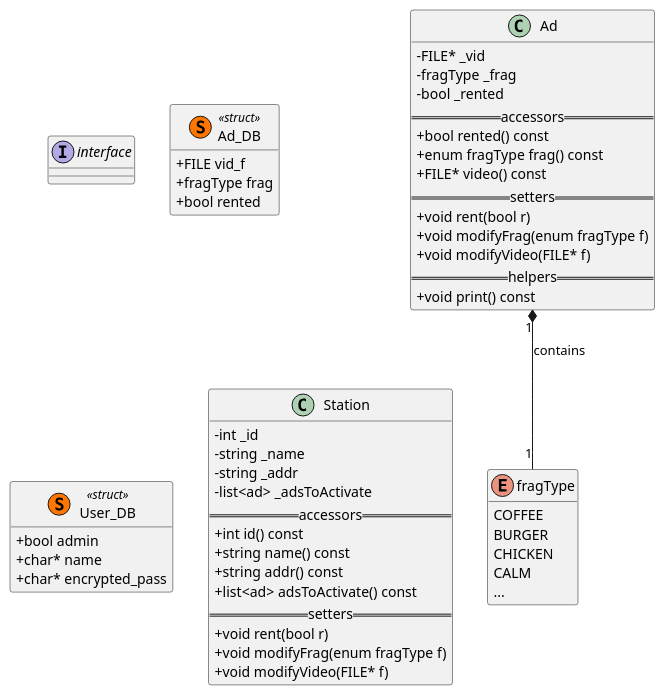
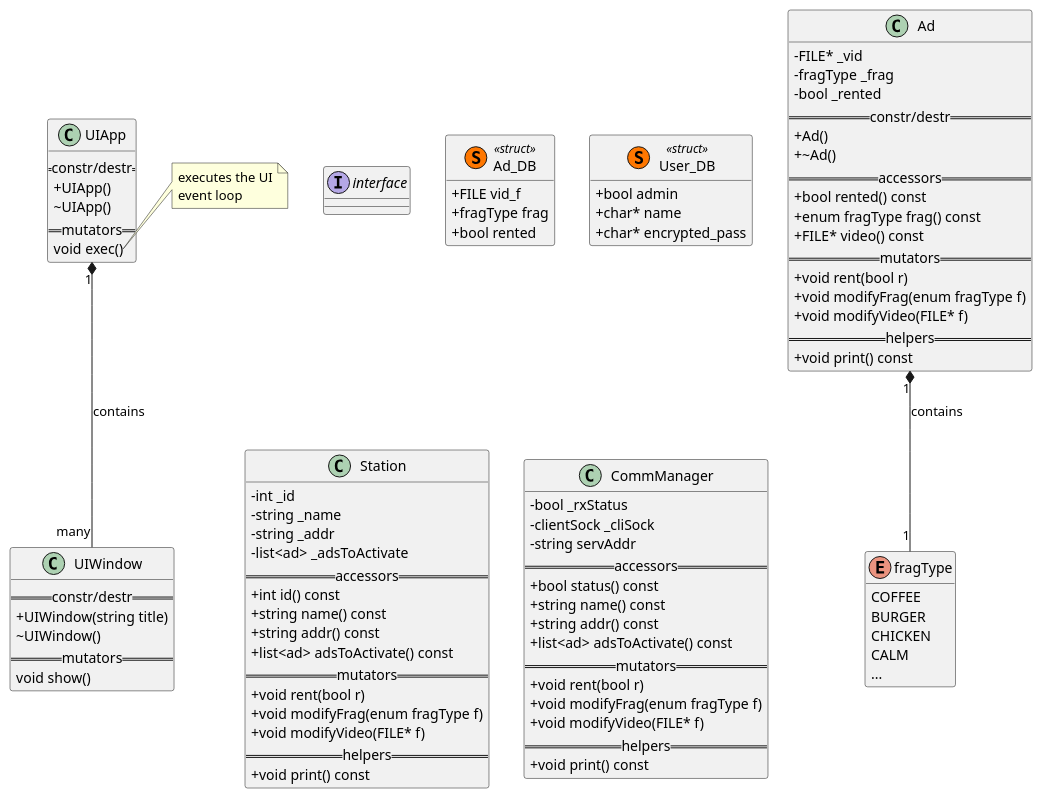
Diagram 57 of 59 in Proj/readme.org (ElectroQuanta/MDO), drawn with PlantUML before and after one commit. The commit also changed other lines of this file and 10 other files, not shown here.

```diff
--- a/Proj/readme.org
+++ b/Proj/readme.org
@@ -3035,37 +3474,83 @@
 ' ---------
 
 '' -------- Classes 
+'' APP
+''class AppManager{
+''    - UIApp uiApp()
+''    - UIWidget win()
+''}
+class UIApp{
+    == constr/destr ==
+    +UIApp()
+    ~UIApp()
+    == mutators ==
+    void exec()
+}
+    note right of UIApp::exec
+    executes the UI
+    event loop
+    end note
+class UIWindow{
+    == constr/destr ==
+    +UIWindow(string title)
+    ~UIWindow()
+    == mutators ==
+    void show()
+}
+
 '' AD
 class Ad {
--FILE* _vid
--fragType _frag
--bool _rented
-== accessors ==
-+ bool rented() const
-+ enum fragType frag() const
-+ FILE* video() const
-== setters ==
-+ void rent(bool r)
-+ void modifyFrag(enum fragType f)
-+ void modifyVideo(FILE* f)
-== helpers ==
-+ void print() const
+  -FILE* _vid
+  -fragType _frag
+  -bool _rented
+  == constr/destr ==
+  +Ad()
+  +~Ad()
+  == accessors ==
+  + bool rented() const
+  + enum fragType frag() const
+  + FILE* video() const
+  == mutators ==
+  + void rent(bool r)
+  + void modifyFrag(enum fragType f)
+  + void modifyVideo(FILE* f)
+  == helpers ==
+  + void print() const
 }
 '' STATION
 class Station{
--int _id
--string _name
--string _addr
--list<ad> _adsToActivate
-== accessors ==
-+ int id() const
-+ string name() const
-+ string addr() const
-+ list<ad> adsToActivate() const
-== setters ==
-+ void rent(bool r)
-+ void modifyFrag(enum fragType f)
-+ void modifyVideo(FILE* f)
+  -int _id
+  -string _name
+  -string _addr
+  -list<ad> _adsToActivate
+  == accessors ==
+  + int id() const
+  + string name() const
+  + string addr() const
+  + list<ad> adsToActivate() const
+  == mutators ==
+  + void rent(bool r)
+  + void modifyFrag(enum fragType f)
+  + void modifyVideo(FILE* f)
+  == helpers ==
+  + void print() const
+}
+'' COMM MANAGER
+class CommManager{
+  -bool _rxStatus
+  -clientSock _cliSock
+  -string servAddr
+  == accessors ==
+  + bool status() const
+  + string name() const
+  + string addr() const
+  + list<ad> adsToActivate() const
+  == mutators ==
+  + void rent(bool r)
+  + void modifyFrag(enum fragType f)
+  + void modifyVideo(FILE* f)
+  == helpers ==
+  + void print() const
 }
 '' ----------------
 
@@ -3082,6 +3567,7 @@
 '' - composition: *--
 '' - Aggregation: o--
 Ad "1" *-- "1" fragType: contains
+UIApp "1" *-- "many" UIWindow: contains
 
 '' ------------------------------
 
```
